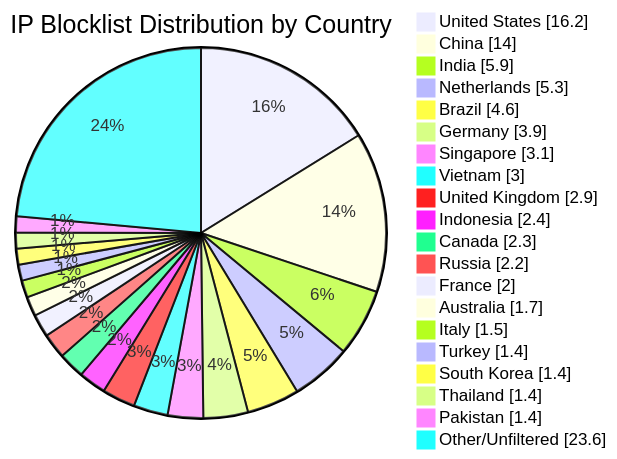
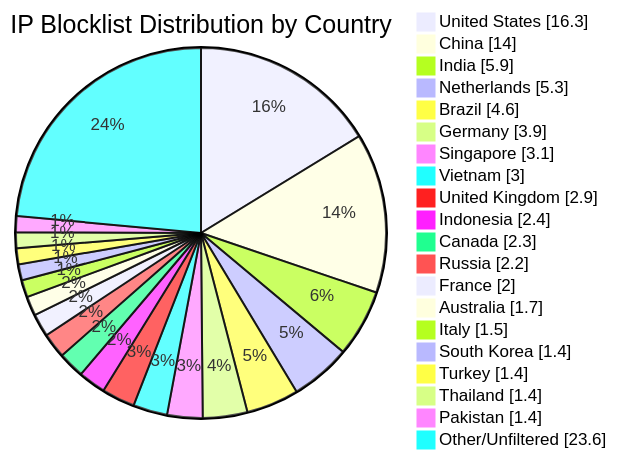
The diagram in README.md (dewdmadbro/ip-blocklist-dewd), drawn with Mermaid before and after one commit. The commit also changed other lines of this file and 53 other files, not shown here.

````diff
--- a/README.md
+++ b/README.md
@@ -34,23 +34,23 @@
 ```mermaid
 pie showData title IP Blocklist Distribution by Country
-"United States" : 16.2
+"United States" : 16.3
 "China" : 14.0
 "India" : 5.9
 "Netherlands" : 5.3
 "Brazil" : 4.6
 "Germany" : 3.9
 "Singapore" : 3.1
 "Vietnam" : 3.0
 "United Kingdom" : 2.9
 "Indonesia" : 2.4
 "Canada" : 2.3
 "Russia" : 2.2
 "France" : 2.0
 "Australia" : 1.7
 "Italy" : 1.5
+"South Korea" : 1.4
 "Turkey" : 1.4
-"South Korea" : 1.4
 "Thailand" : 1.4
 "Pakistan" : 1.4
 "Other/Unfiltered" : 23.6
 ```
````
